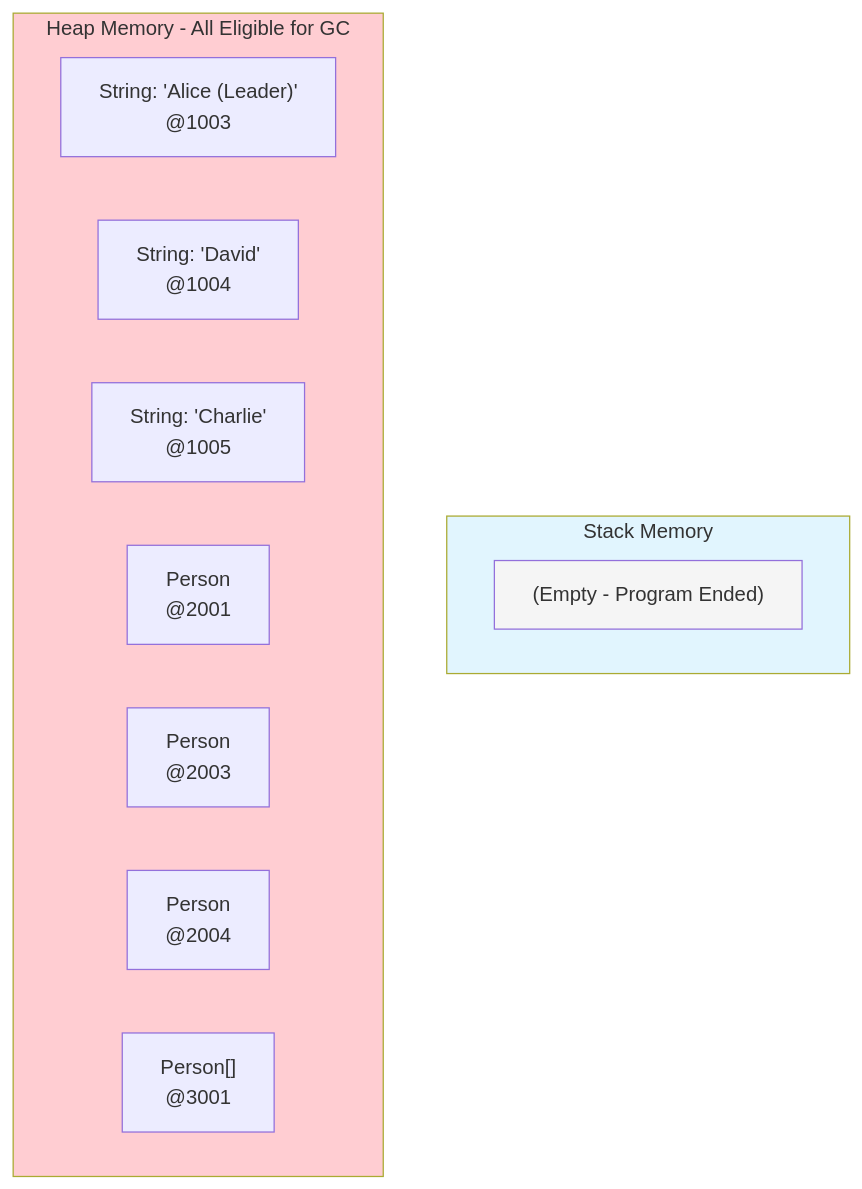
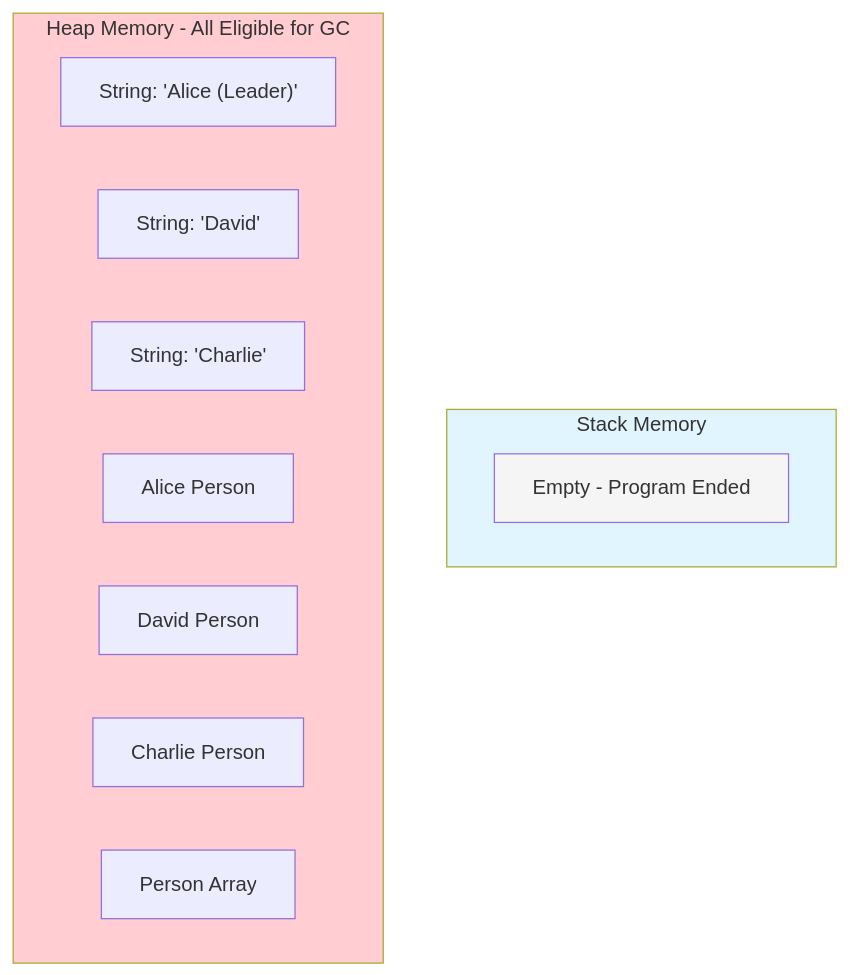
The seventh of 8 diagrams in Java Memory Management.md (stravos97/java-documentation-notes), drawn with Mermaid before and after one commit. The commit also changed other lines of this file, not shown here.

````diff
--- a/Java Memory Management.md
+++ b/Java Memory Management.md
@@ -601,20 +592,20 @@
 ```mermaid
 graph TB
     subgraph Stack["Stack Memory"]
-        empty["(Empty - Program Ended)"]
+        empty["Empty - Program Ended"]
     end
     
     subgraph Heap["Heap Memory - All Eligible for GC"]
-        str1["String: 'Alice (Leader)'<br/>@1003"]
-        str3["String: 'David'<br/>@1004"]
-        str4["String: 'Charlie'<br/>@1005"]
-        p1["Person<br/>@2001"]
-        p3["Person<br/>@2003"]
-        p4["Person<br/>@2004"]
-        arr["Person[]<br/>@3001"]
+        str1["String: 'Alice (Leader)'"]
+        str3["String: 'David'"]
+        str4["String: 'Charlie'"]
+        p1["Alice Person"]
+        p3["David Person"]
+        p4["Charlie Person"]
+        arr["Person Array"]
     end
     
     style Stack fill:#e1f5fe
     style Heap fill:#ffcdd2
     style empty fill:#f5f5f5
 ```
````
